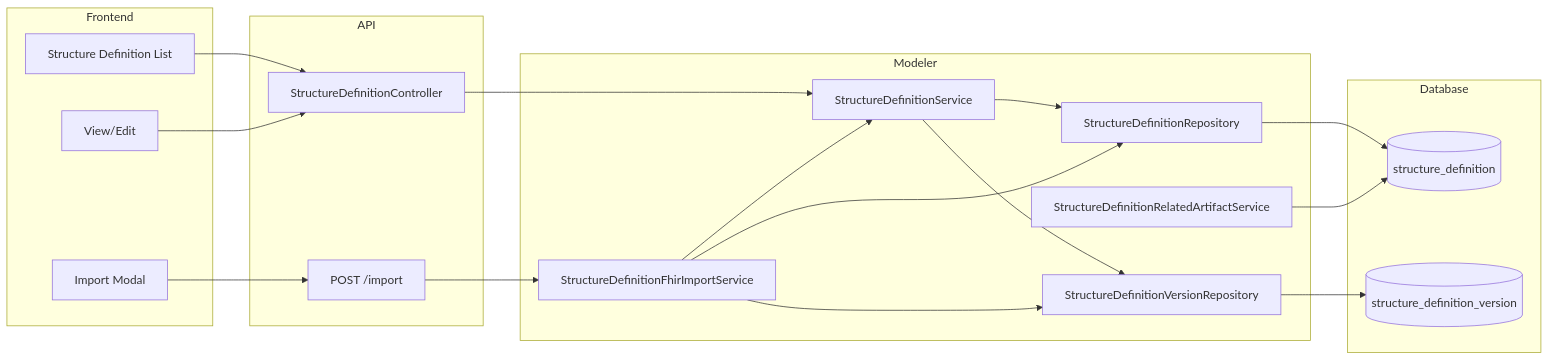
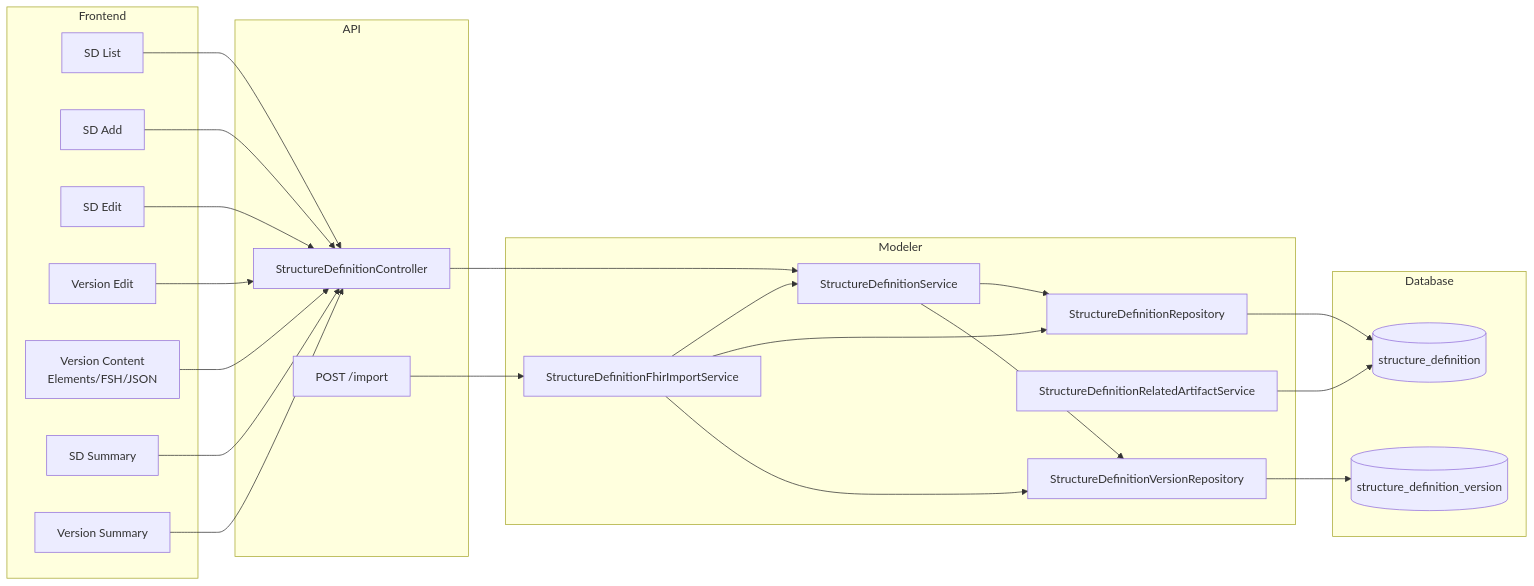
One commit to termx-health/termx-server changed the diagram in docs/features/structure-definition-versioning-and-import.md. Above: the diagram before and after it, drawn with Mermaid. The commit also changed other lines of this file and 20 other files, not shown here.

Commit message:
StructureDefinition refactor

````diff
--- a/docs/features/structure-definition-versioning-and-import.md
+++ b/docs/features/structure-definition-versioning-and-import.md
@@ -160,40 +209,48 @@
 ```mermaid
 flowchart LR
   subgraph client [Frontend]
-    List[Structure Definition List]
-    Import[Import Modal]
-    View[View/Edit]
+    List[SD List]
+    Add[SD Add]
+    Edit[SD Edit]
+    VerEdit[Version Edit]
+    Content[Version Content<br/>Elements/FSH/JSON]
+    Summary[SD Summary]
+    VerSummary[Version Summary]
   end
 
   subgraph api [API]
     Controller[StructureDefinitionController]
     ImportCtrl[POST /import]
   end
 
   subgraph services [Modeler]
     Service[StructureDefinitionService]
     ImportSvc[StructureDefinitionFhirImportService]
     VersionRepo[StructureDefinitionVersionRepository]
     HeaderRepo[StructureDefinitionRepository]
     Related[StructureDefinitionRelatedArtifactService]
   end
 
   subgraph db [Database]
     Header[(structure_definition)]
     Version[(structure_definition_version)]
   end
 
   List --> Controller
-  Import --> ImportCtrl
-  View --> Controller
+  Add --> Controller
+  Edit --> Controller
+  VerEdit --> Controller
+  Content --> Controller
+  Summary --> Controller
+  VerSummary --> Controller
+  ImportCtrl --> ImportSvc
   Controller --> Service
-  ImportCtrl --> ImportSvc
   Service --> HeaderRepo
   Service --> VersionRepo
   ImportSvc --> HeaderRepo
   ImportSvc --> VersionRepo
   ImportSvc --> Service
   HeaderRepo --> Header
   VersionRepo --> Version
   Related --> Header
 ```
````
